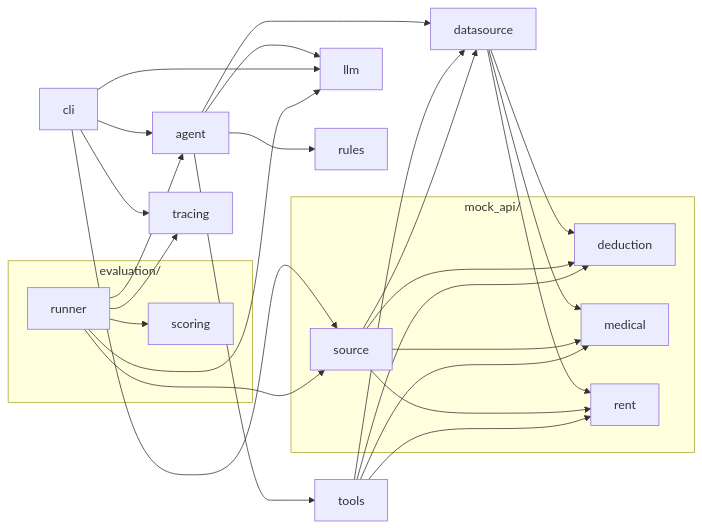
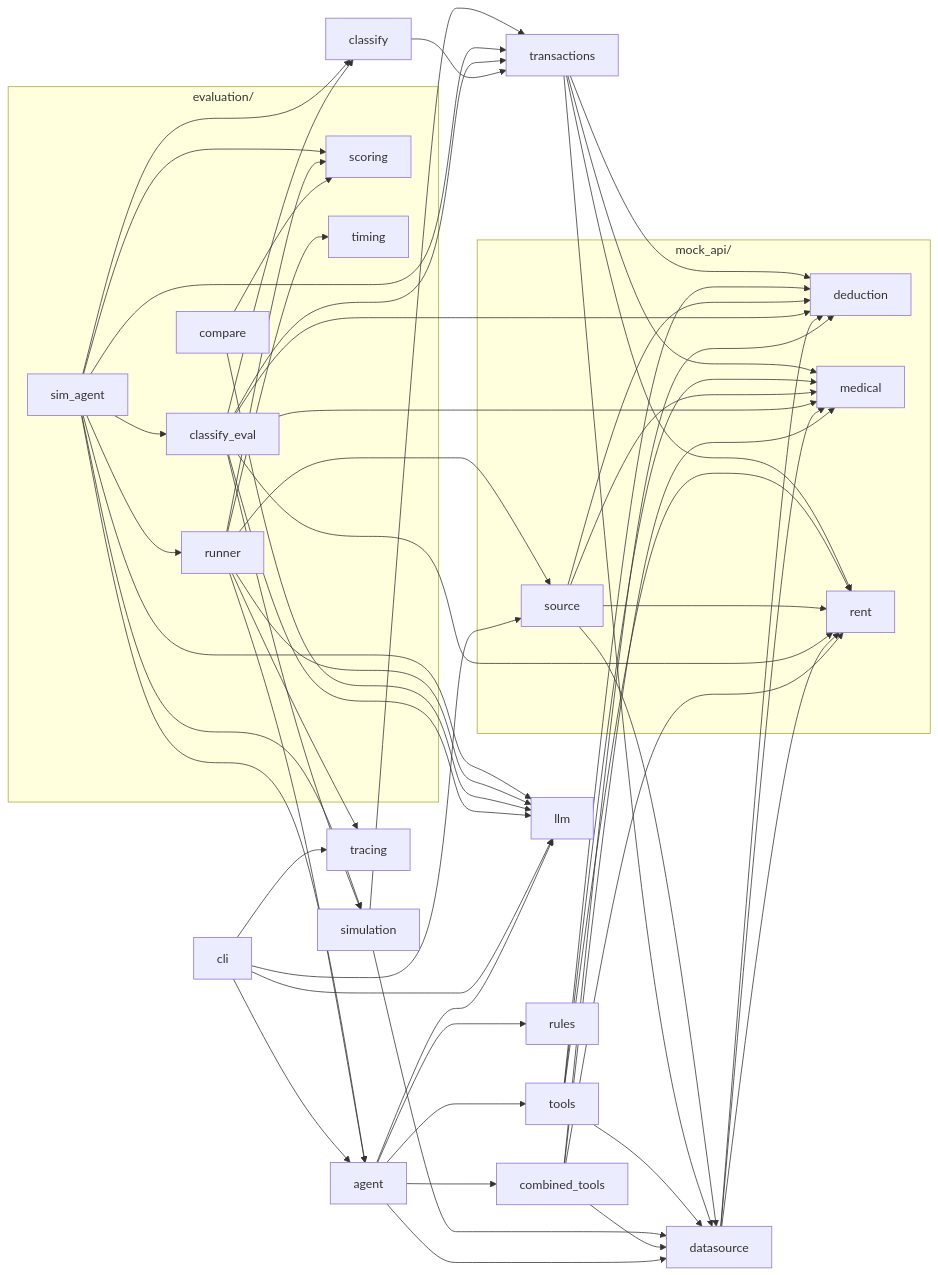
One commit to jooniorp/tax-agent-eval changed the first of 2 diagrams in docs/architecture.md. Above: the diagram before and after it, drawn with Mermaid. The commit also changed other lines of this file and 4 other files, not shown here.

````diff
--- a/docs/architecture.md
+++ b/docs/architecture.md
@@ -24,44 +24,82 @@
 ```mermaid
 graph LR
   tax_agent_agent["agent"]
+  tax_agent_classify["classify"]
   tax_agent_cli["cli"]
+  tax_agent_combined_tools["combined_tools"]
   tax_agent_datasource["datasource"]
   tax_agent_llm["llm"]
   tax_agent_rules["rules"]
+  tax_agent_simulation["simulation"]
   tax_agent_tools["tools"]
   tax_agent_tracing["tracing"]
+  tax_agent_transactions["transactions"]
   subgraph pkg_evaluation["evaluation/"]
+    tax_agent_evaluation_classify_eval["classify_eval"]
+    tax_agent_evaluation_compare["compare"]
     tax_agent_evaluation_runner["runner"]
     tax_agent_evaluation_scoring["scoring"]
+    tax_agent_evaluation_sim_agent["sim_agent"]
+    tax_agent_evaluation_timing["timing"]
   end
   subgraph pkg_mock_api["mock_api/"]
     tax_agent_mock_api_deduction["deduction"]
     tax_agent_mock_api_medical["medical"]
     tax_agent_mock_api_rent["rent"]
     tax_agent_mock_api_source["source"]
   end
+  tax_agent_agent --> tax_agent_combined_tools
   tax_agent_agent --> tax_agent_datasource
   tax_agent_agent --> tax_agent_llm
   tax_agent_agent --> tax_agent_rules
   tax_agent_agent --> tax_agent_tools
+  tax_agent_classify --> tax_agent_transactions
   tax_agent_cli --> tax_agent_agent
   tax_agent_cli --> tax_agent_llm
   tax_agent_cli --> tax_agent_mock_api_source
   tax_agent_cli --> tax_agent_tracing
+  tax_agent_combined_tools --> tax_agent_datasource
+  tax_agent_combined_tools --> tax_agent_mock_api_deduction
+  tax_agent_combined_tools --> tax_agent_mock_api_medical
+  tax_agent_combined_tools --> tax_agent_mock_api_rent
   tax_agent_datasource --> tax_agent_mock_api_deduction
   tax_agent_datasource --> tax_agent_mock_api_medical
   tax_agent_datasource --> tax_agent_mock_api_rent
+  tax_agent_evaluation_classify_eval --> tax_agent_classify
+  tax_agent_evaluation_classify_eval --> tax_agent_llm
+  tax_agent_evaluation_classify_eval --> tax_agent_mock_api_deduction
+  tax_agent_evaluation_classify_eval --> tax_agent_mock_api_medical
+  tax_agent_evaluation_classify_eval --> tax_agent_mock_api_rent
+  tax_agent_evaluation_classify_eval --> tax_agent_simulation
+  tax_agent_evaluation_classify_eval --> tax_agent_transactions
+  tax_agent_evaluation_compare --> tax_agent_evaluation_scoring
+  tax_agent_evaluation_compare --> tax_agent_llm
   tax_agent_evaluation_runner --> tax_agent_agent
   tax_agent_evaluation_runner --> tax_agent_evaluation_scoring
+  tax_agent_evaluation_runner --> tax_agent_evaluation_timing
   tax_agent_evaluation_runner --> tax_agent_llm
   tax_agent_evaluation_runner --> tax_agent_mock_api_source
   tax_agent_evaluation_runner --> tax_agent_tracing
+  tax_agent_evaluation_sim_agent --> tax_agent_agent
+  tax_agent_evaluation_sim_agent --> tax_agent_classify
+  tax_agent_evaluation_sim_agent --> tax_agent_evaluation_classify_eval
+  tax_agent_evaluation_sim_agent --> tax_agent_evaluation_runner
+  tax_agent_evaluation_sim_agent --> tax_agent_evaluation_scoring
+  tax_agent_evaluation_sim_agent --> tax_agent_llm
+  tax_agent_evaluation_sim_agent --> tax_agent_simulation
+  tax_agent_evaluation_sim_agent --> tax_agent_transactions
   tax_agent_mock_api_source --> tax_agent_datasource
   tax_agent_mock_api_source --> tax_agent_mock_api_deduction
   tax_agent_mock_api_source --> tax_agent_mock_api_medical
   tax_agent_mock_api_source --> tax_agent_mock_api_rent
+  tax_agent_simulation --> tax_agent_datasource
+  tax_agent_simulation --> tax_agent_transactions
   tax_agent_tools --> tax_agent_datasource
   tax_agent_tools --> tax_agent_mock_api_deduction
   tax_agent_tools --> tax_agent_mock_api_medical
   tax_agent_tools --> tax_agent_mock_api_rent
+  tax_agent_transactions --> tax_agent_datasource
+  tax_agent_transactions --> tax_agent_mock_api_deduction
+  tax_agent_transactions --> tax_agent_mock_api_medical
+  tax_agent_transactions --> tax_agent_mock_api_rent
 ```
````
